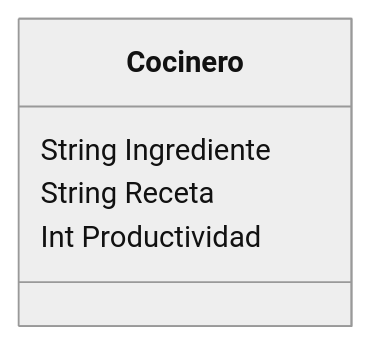
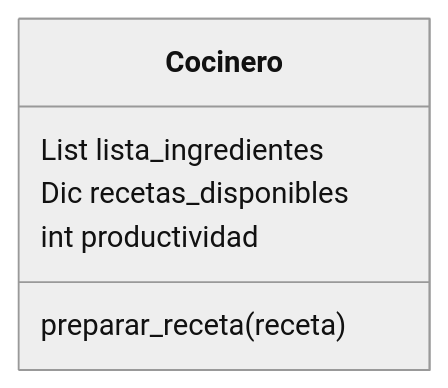
The diagram in retos_sesion_03/ejercicio_02.md (PatoAparicio/psg-oop-2025), drawn with Mermaid (neutral theme) before and after one commit. The commit also changed other lines of this file and 3 other files, not shown here.

````diff
--- a/retos_sesion_03/ejercicio_02.md
+++ b/retos_sesion_03/ejercicio_02.md
@@ -35,8 +43,9 @@
 ```mermaid
 classDiagram
     class Cocinero {
-        String Ingrediente
-        String Receta
-        Int Productividad
+        List lista_ingredientes
+        Dic recetas_disponibles
+        int productividad
+        preparar_receta(receta)
     }
 ```
````
